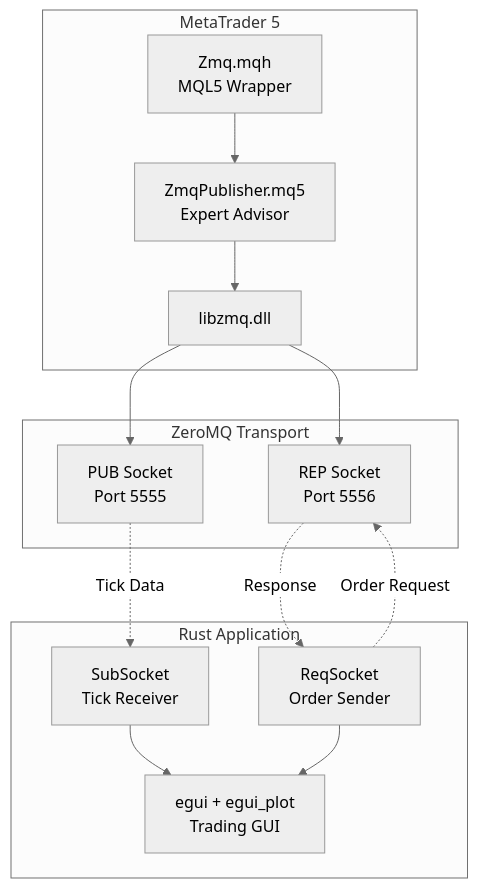
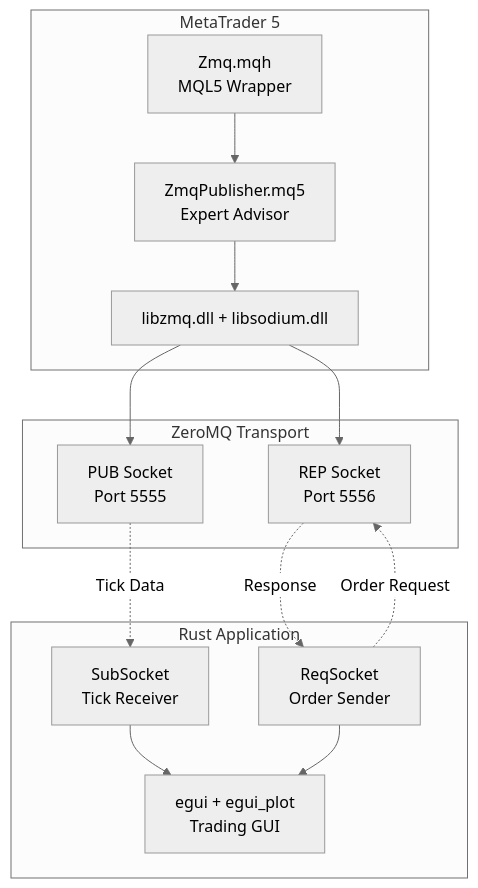
One commit to algorembrant/SUM3API changed the first of 8 diagrams in MQL5-Rustmt5-chart-Documentation.md. Above: the diagram before and after it, drawn with Mermaid (neutral theme). The commit also changed 1 other file, not shown here.

Commit message:
feat: completely revised

````diff
--- a/MQL5-Rustmt5-chart-Documentation.md
+++ b/MQL5-Rustmt5-chart-Documentation.md
@@ -45,30 +45,30 @@
 ```mermaid
 flowchart TB
     subgraph MT5["MetaTrader 5"]
         EA[ZmqPublisher.mq5<br/>Expert Advisor]
-        ZMQ_LIB[libzmq.dll]
+        ZMQ_LIB[libzmq.dll + libsodium.dll]
         WRAPPER[Zmq.mqh<br/>MQL5 Wrapper]
     end
     
     subgraph Network["ZeroMQ Transport"]
         PUB_SOCKET[PUB Socket<br/>Port 5555]
         REP_SOCKET[REP Socket<br/>Port 5556]
     end
     
     subgraph RUST["Rust Application"]
         SUB[SubSocket<br/>Tick Receiver]
         REQ[ReqSocket<br/>Order Sender]
         GUI[egui + egui_plot<br/>Trading GUI]
     end
     
     EA --> ZMQ_LIB
     ZMQ_LIB --> PUB_SOCKET & REP_SOCKET
     WRAPPER --> EA
     
     PUB_SOCKET -.->|Tick Data| SUB
     REQ -.->|Order Request| REP_SOCKET
     REP_SOCKET -.->|Response| REQ
     
     SUB --> GUI
     REQ --> GUI
 ```
````
